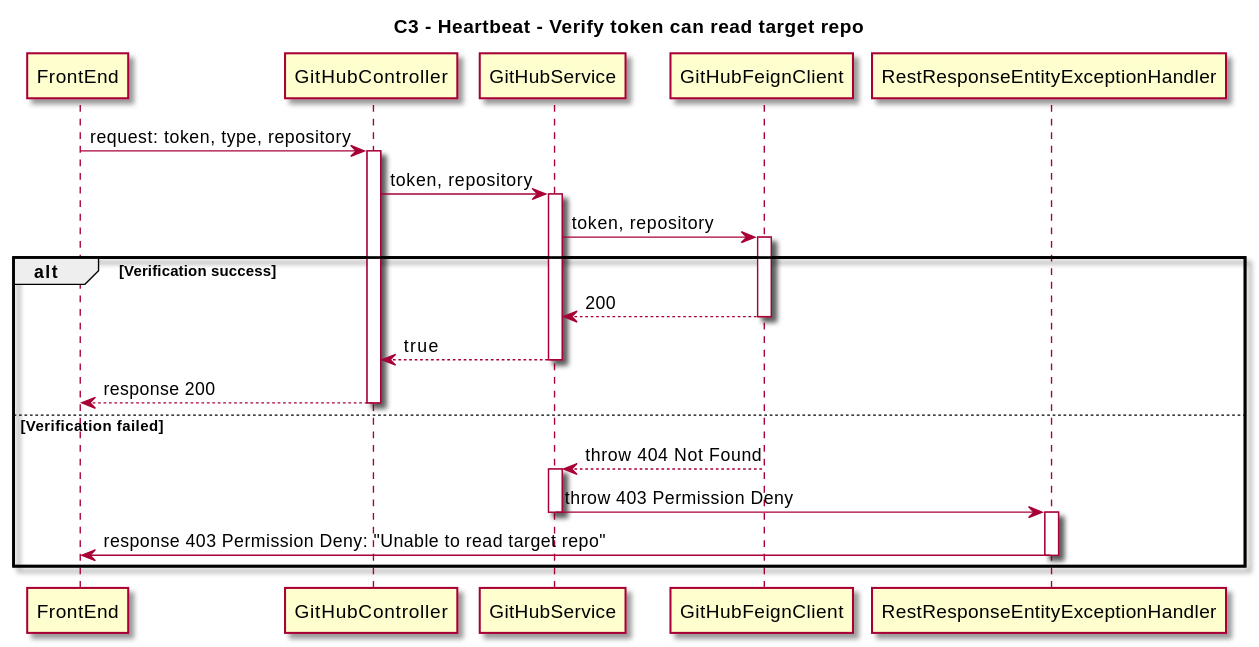
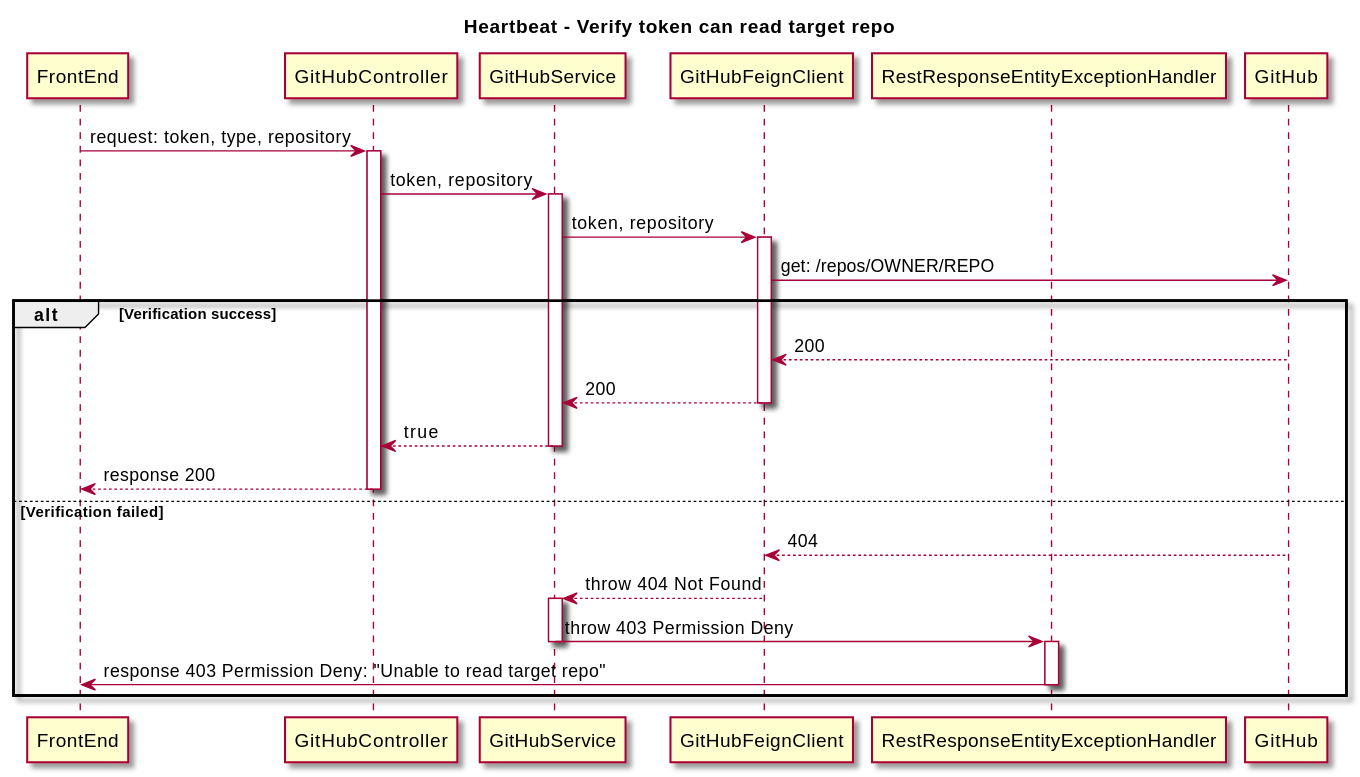
Before and after one commit to thoughtworks/HeartBeat: the second of 2 diagrams in docs/src/content/docs/en/spikes/tech-spikes-split-verify-of-github.mdx, drawn with PlantUML. The commit also changed other lines of this file, not shown here.

Commit message:
ADM-679:[docs]fix: change plantuml

````diff
--- a/docs/src/content/docs/en/spikes/tech-spikes-split-verify-of-github.mdx
+++ b/docs/src/content/docs/en/spikes/tech-spikes-split-verify-of-github.mdx
@@ -113,40 +117,44 @@
 ```plantuml
 @startuml
 skin rose
-title C3 - Heartbeat - Verify token can read target repo
+title Heartbeat - Verify token can read target repo
 
 participant FrontEnd
 participant GitHubController
 participant GitHubService
 participant GitHubFeignClient
 participant RestResponseEntityExceptionHandler
+participant GitHub
 
 ' group Verify token can read target repo
     FrontEnd -> GitHubController: request: token, type, repository
     activate GitHubController
     GitHubController -> GitHubService: token, repository
     activate GitHubService
     GitHubService -> GitHubFeignClient: token, repository
     activate GitHubFeignClient
+    GitHubFeignClient -> GitHub: get: /repos/OWNER/REPO
 alt Verification success
+    GitHub --> GitHubFeignClient: 200
     GitHubFeignClient --> GitHubService: 200
     deactivate GitHubFeignClient
     GitHubService --> GitHubController: true
     deactivate GitHubService
     GitHubController --> FrontEnd: response 200
     deactivate GitHubController
 else Verification failed
+    GitHub --> GitHubFeignClient: 404
     GitHubFeignClient --> GitHubService: throw 404 Not Found
     deactivate GitHubFeignClient
     activate GitHubService
     GitHubService -> RestResponseEntityExceptionHandler: throw 403 Permission Deny
     deactivate GitHubService
     deactivate GitHubFeignClient
     activate RestResponseEntityExceptionHandler
     RestResponseEntityExceptionHandler -> FrontEnd: response 403 Permission Deny: "Unable to read target repo"
     deactivate RestResponseEntityExceptionHandler
     ' deactivate GitHubService
     ' deactivate GitHubController
 end
 @enduml
 ```
````
